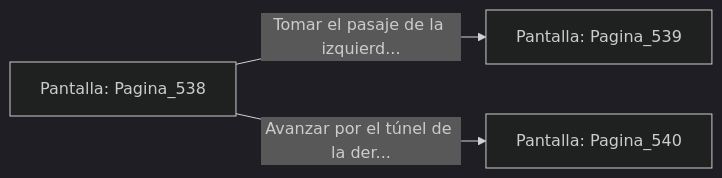
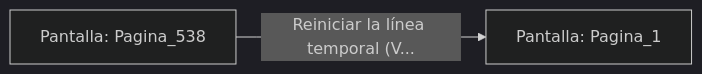
The diagram in sample/eligejuego-vault/Pantalla_Pagina_538.md (metsuke/mpl), drawn with Mermaid (dark theme) before and after one commit. The commit also changed other lines of this file and 635 other files, not shown here.

First line of the commit message:
fix: añadir Pagina_1 como pantalla inicial en capitulo_01.mpl

````diff
--- a/sample/eligejuego-vault/Pantalla_Pagina_538.md
+++ b/sample/eligejuego-vault/Pantalla_Pagina_538.md
@@ -20,6 +17,5 @@
 ```mermaid
 graph LR
     P_Pagina_538["Pantalla: Pagina_538"]
-    P_Pagina_538 -->|"Tomar el pasaje de la izquierd..."| P_Pagina_539["Pantalla: Pagina_539"]
-    P_Pagina_538 -->|"Avanzar por el túnel de la der..."| P_Pagina_540["Pantalla: Pagina_540"]
+    P_Pagina_538 -->|"Reiniciar la línea temporal (V..."| P_Pagina_1["Pantalla: Pagina_1"]
 ```
````
